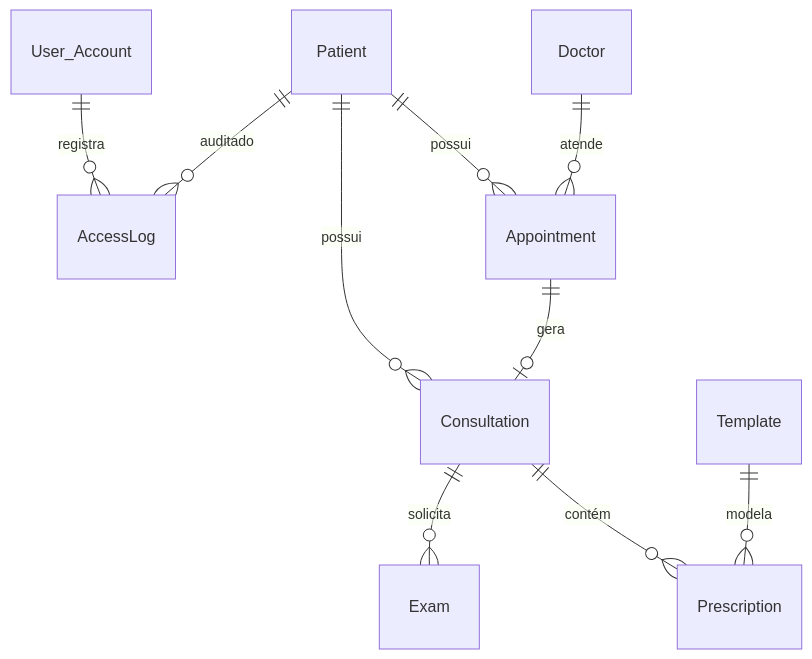
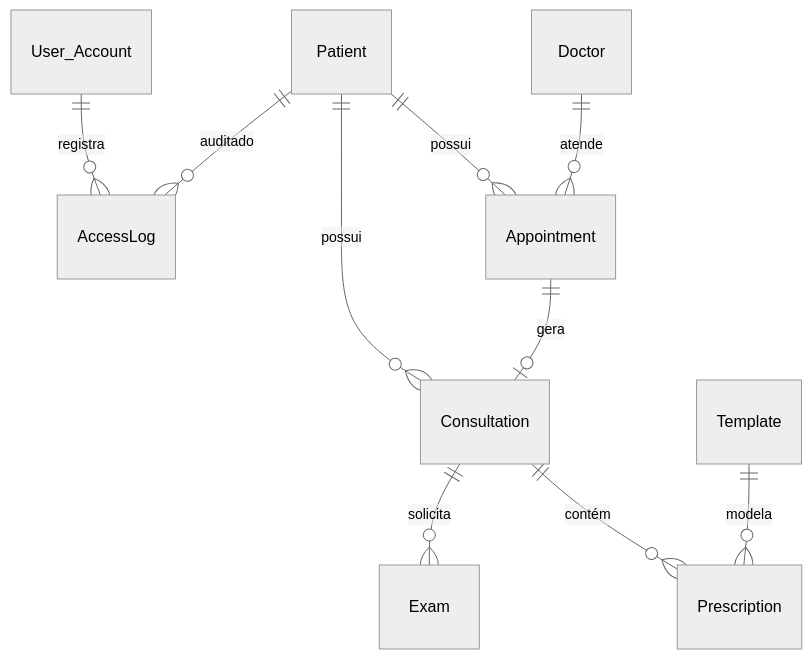
Before and after one commit to Adriano1976/prontuario-facil: the third of 4 diagrams in README.md, drawn with Mermaid. The commit also changed other lines of this file and 1 other file, not shown here.

````diff
--- a/README.md
+++ b/README.md
@@ -172,12 +176,13 @@
 ```mermaid
+%%{ init: { 'theme': 'neutral', 'themeVariables': { 'fontSize': '16px' } } }%%
 erDiagram
     Patient ||--o{ Appointment : "possui"
     Doctor ||--o{ Appointment : "atende"
     Appointment ||--o| Consultation : "gera"
     Patient ||--o{ Consultation : "possui"
     Consultation ||--o{ Prescription : "contém"
     Consultation ||--o{ Exam : "solicita"
     Template ||--o{ Prescription : "modela"
     Patient ||--o{ AccessLog : "auditado"
     User_Account ||--o{ AccessLog : "registra"
 ```
````
